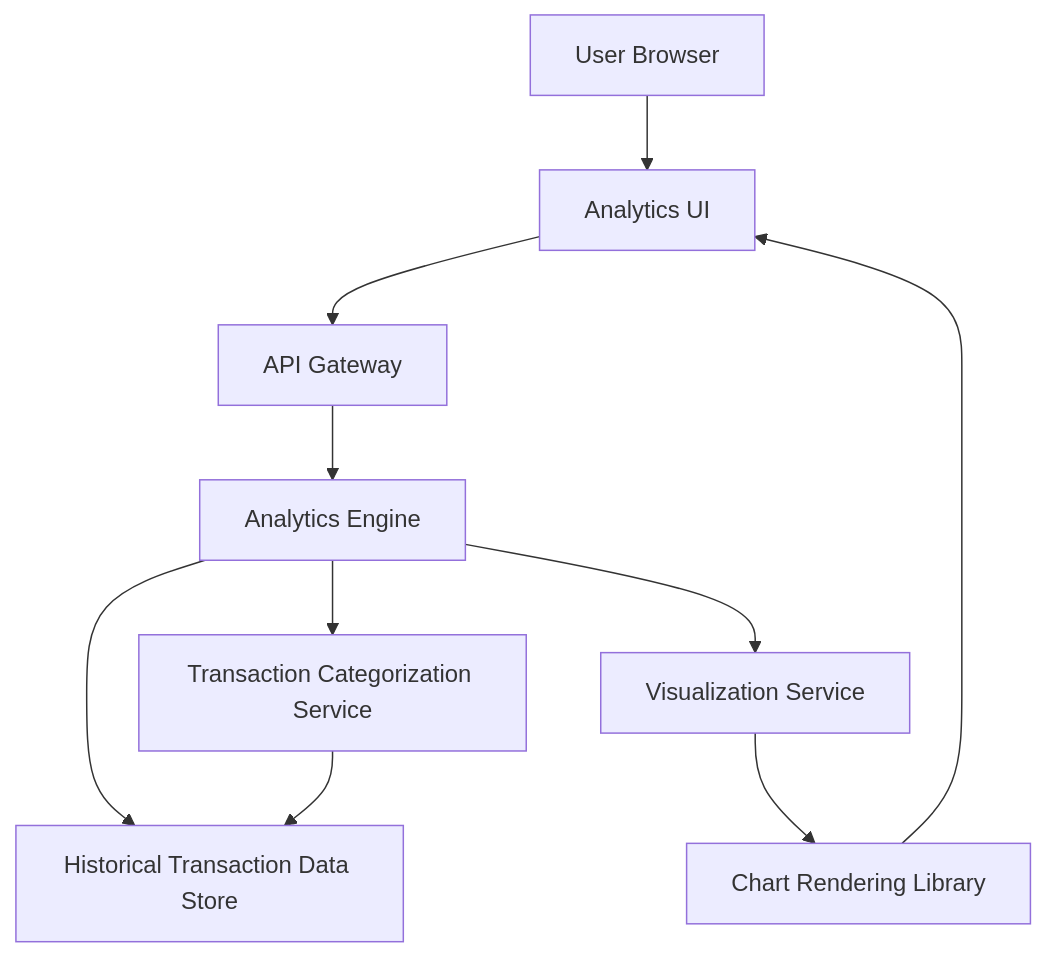
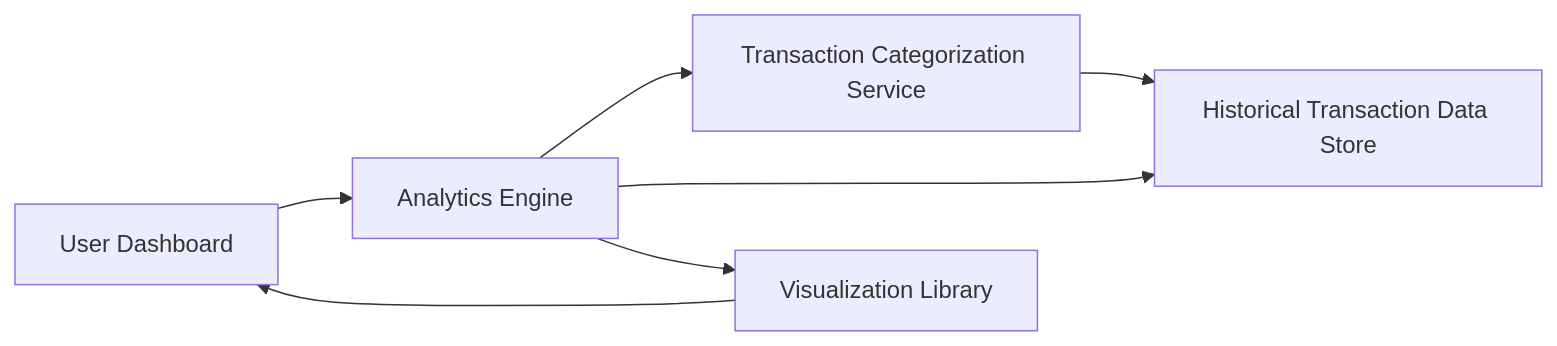
One commit to AAVA-Demo/APB_Demo changed the diagram in HLD/QE-8614_HLD.md. Above: the diagram before and after it, drawn with Mermaid. The commit also changed other lines of this file and 5 other files, not shown here.

````diff
--- a/HLD/QE-8614_HLD.md
+++ b/HLD/QE-8614_HLD.md
@@ -7,20 +7,14 @@
 ```mermaid
-flowchart TD
-    A["User Browser"]
-    B["Analytics UI"]
-    C["API Gateway"]
-    D["Analytics Engine"]
-    E["Transaction Categorization Service"]
-    F["Visualization Service"]
-    G["Historical Transaction Data Store"]
-    H["Chart Rendering Library"]
+flowchart LR
+    A["User Dashboard"]
+    B["Analytics Engine"]
+    C["Transaction Categorization Service"]
+    D["Historical Transaction Data Store"]
+    E["Visualization Library"]
     A --> B
     B --> C
+    B --> D
     C --> D
-    D --> E
-    D --> G
-    D --> F
-    E --> G
-    F --> H
-    H --> B
+    B --> E
+    E --> A
 ```
````
